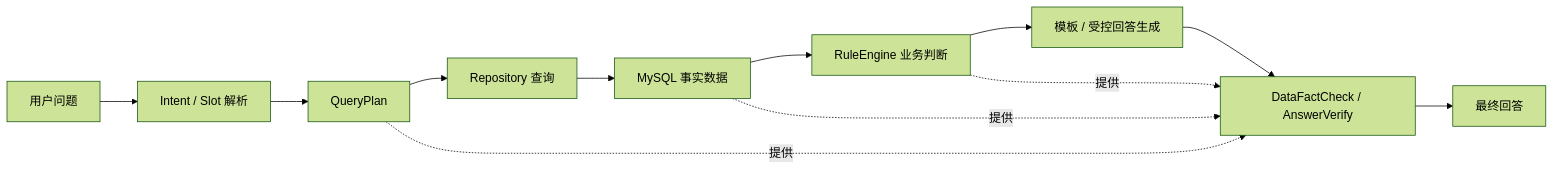
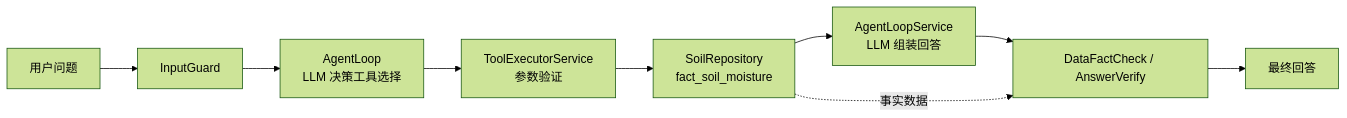
Before and after one commit to gago-project/smart-agriculture: the third of 5 diagrams in apps/agent/plans/1/7.system-design-diagram.md, drawn with Mermaid (forest theme). The commit also changed other lines of this file and 8 other files, not shown here.

Commit message:
docs: sync all agent design docs to LLM + Function Calling architecture

````diff
--- a/apps/agent/plans/1/7.system-design-diagram.md
+++ b/apps/agent/plans/1/7.system-design-diagram.md
@@ -155,14 +137,11 @@
 ```mermaid
 flowchart LR
-    A["用户问题"] --> B["Intent / Slot 解析"]
-    B --> C["QueryPlan"]
-    C --> D["Repository 查询"]
-    D --> E["MySQL 事实数据"]
-    E --> F["RuleEngine 业务判断"]
-    F --> G["模板 / 受控回答生成"]
-    G --> H["DataFactCheck / AnswerVerify"]
-    H --> I["最终回答"]
-    E -.提供.-> H
-    F -.提供.-> H
-    C -.提供.-> H
+    A["用户问题"] --> B["InputGuard"]
+    B --> C["AgentLoop<br/>LLM 决策工具选择"]
+    C --> D["ToolExecutorService<br/>参数验证"]
+    D --> E["SoilRepository<br/>fact_soil_moisture"]
+    E --> F["AgentLoopService<br/>LLM 组装回答"]
+    F --> G["DataFactCheck / AnswerVerify"]
+    G --> H["最终回答"]
+    E -.事实数据.-> G
 ```
````
